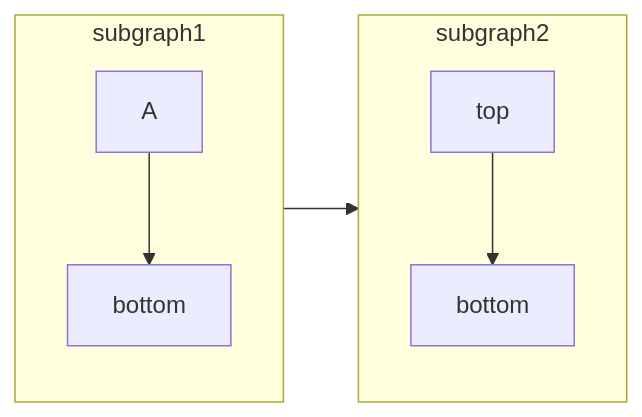
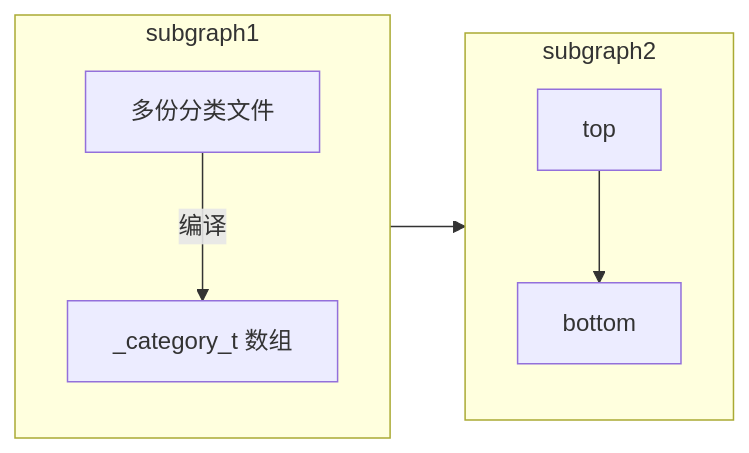
One commit to 627969687/LevelUp changed the diagram in 01-Coding/01-iOS/01-面试/01-OC/01-语法/04-分类.md. Above: the diagram before and after it, drawn with Mermaid.

Commit message:
vault backup: 2024-12-14 13:52:41

````diff
--- a/01-Coding/01-iOS/01-面试/01-OC/01-语法/04-分类.md
+++ b/01-Coding/01-iOS/01-面试/01-OC/01-语法/04-分类.md
@@ -46,13 +46,17 @@
 ```mermaid
 flowchart LR
+
+categoryFile[多份分类文件]
+struct[_category_t 数组]
+
 	subgraph subgraph1
         direction TB
-        A --> bottom1[bottom]
+        categoryFile --编译--> struct
     end
     subgraph subgraph2
         direction TB
         top2[top] --> bottom2[bottom]
     end
 
     subgraph1 --> subgraph2
 ```
````
